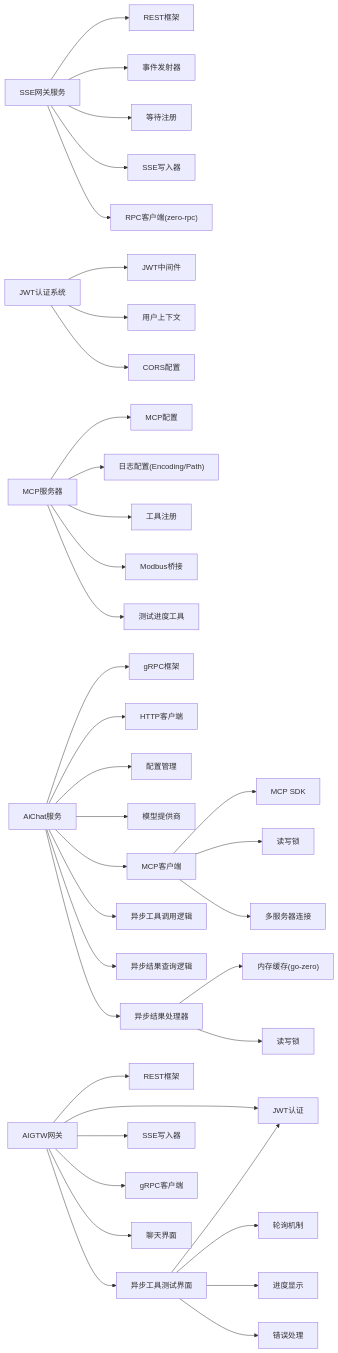
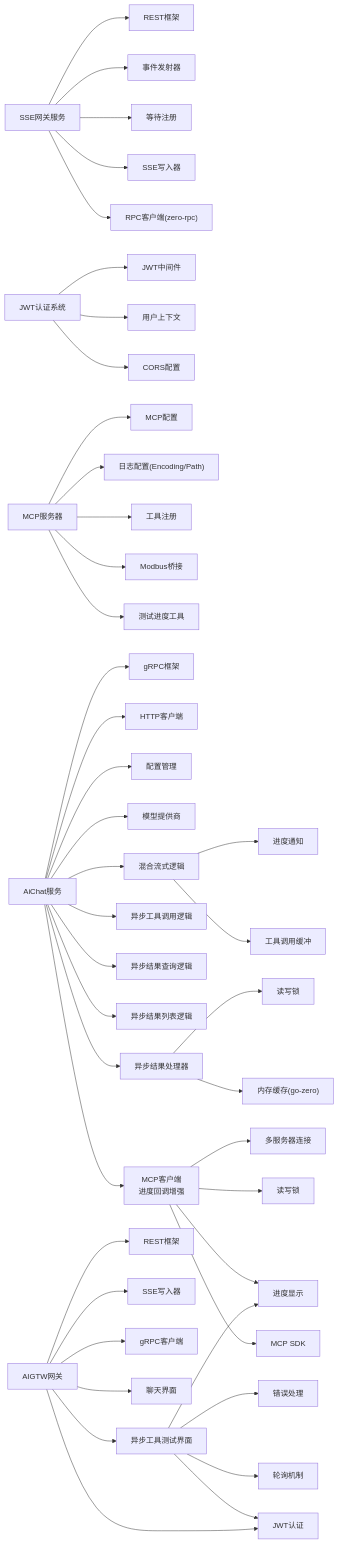
The ninth of 9 diagrams in .qoder/repowiki/zh/content/AI应用模块/AI应用模块.md (maomao94/zero-service), drawn with Mermaid before and after one commit. The commit also changed other lines of this file and 48 other files, not shown here.

````diff
--- a/.qoder/repowiki/zh/content/AI应用模块/AI应用模块.md
+++ b/.qoder/repowiki/zh/content/AI应用模块/AI应用模块.md
@@ -893,39 +862,44 @@
 ```mermaid
 graph LR
 SSE["SSE网关服务"] --> REST["REST框架"]
 SSE --> EVT["事件发射器"]
 SSE --> REG["等待注册"]
 SSE --> WR["SSE写入器"]
 SSE --> RPC["RPC客户端(zero-rpc)"]
 JWT["JWT认证系统"] --> JWTMW["JWT中间件"]
 JWT --> CTX["用户上下文"]
 JWT --> CORS["CORS配置"]
 MCP["MCP服务器"] --> MCPCFG["MCP配置"]
 MCP --> LOGCFG["日志配置(Encoding/Path)"]
 MCP --> TOOL["工具注册"]
 MCP --> BRIDGE["Modbus桥接"]
 MCP --> TESTPROGRESS["测试进度工具"]
 AICHAT["AiChat服务"] --> GRPC["gRPC框架"]
 AICHAT --> HTTPC["HTTP客户端"]
 AICHAT --> CFG["配置管理"]
 AICHAT --> PROV["模型提供商"]
-AICHAT --> MCPCLI["MCP客户端"]
+AICHAT --> MCPCLI["MCP客户端<br/>进度回调增强"]
 AICHAT --> ASYNCLOGIC["异步工具调用逻辑"]
 AICHAT --> RESULTLOGIC["异步结果查询逻辑"]
+AICHAT --> LISTLOGIC["异步结果列表逻辑"]
 AICHAT --> ASYNCHANDLER["异步结果处理器"]
 MCPCLI --> MCPSDK["MCP SDK"]
 MCPCLI --> LOCK["读写锁"]
 MCPCLI --> MULTISRV["多服务器连接"]
+MCPCLI --> PROGRESS["进度回调增强"]
 ASYNCHANDLER --> MEMCACHE["内存缓存(go-zero)"]
 ASYNCHANDLER --> RWLOCK["读写锁"]
 ASYNCUI["HTML测试界面"] --> JWT2["JWT认证"]
 ASYNCUI --> POLLING["轮询机制"]
 ASYNCUI --> PROGRESS["进度显示"]
 ASYNCUI --> ERROR["错误处理"]
 AIGTW["AIGTW网关"] --> REST2["REST框架"]
 AIGTW --> JWT2
 AIGTW --> SSEX["SSE写入器"]
 AIGTW --> GRPCCLI["gRPC客户端"]
 AIGTW --> HTML["聊天界面"]
 AIGTW --> ASYNCUI["异步工具测试界面"]
+AICHAT --> STREAMLOGIC["混合流式逻辑"]
+STREAMLOGIC --> TOOLBUF["工具调用缓冲"]
+STREAMLOGIC --> PROGRESSNOTIFY["进度通知"]
 ```
````
